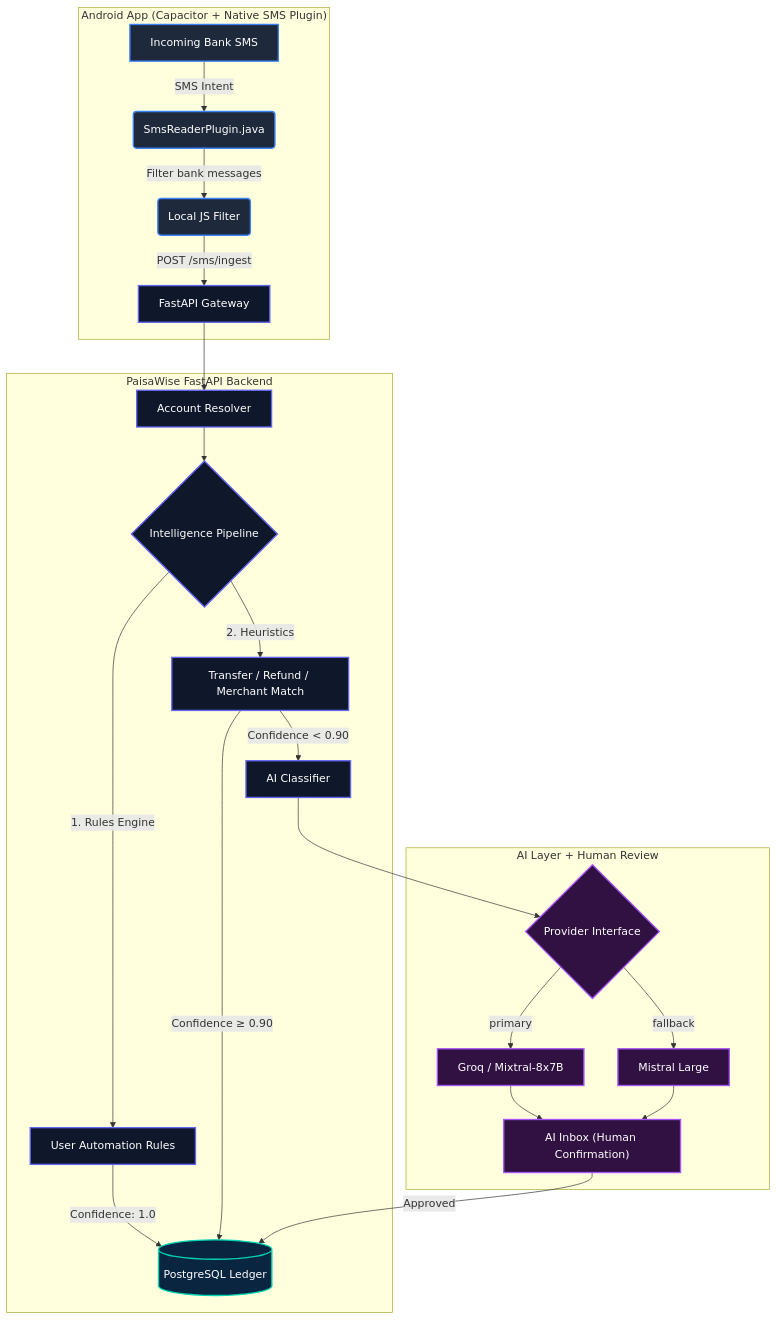
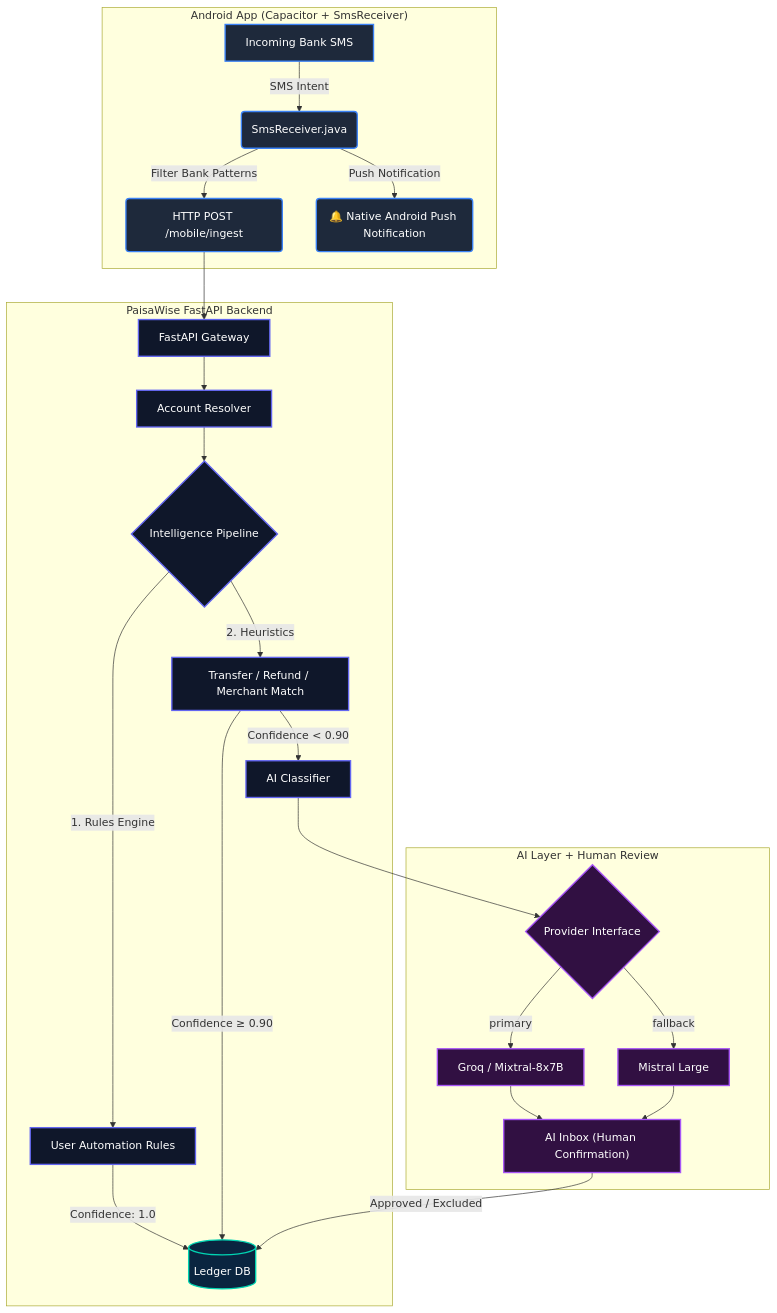
One commit to shlokbam/PaisaWise changed the diagram in README.md. Above: the diagram before and after it, drawn with Mermaid. The commit also changed other lines of this file and 1 other file, not shown here.

````diff
--- a/README.md
+++ b/README.md
@@ -188,37 +131,38 @@
 ```mermaid
 graph TD
     classDef device fill:#1E293B,stroke:#3B82F6,stroke-width:2px,color:#fff;
     classDef backend fill:#0F172A,stroke:#6366F1,stroke-width:2px,color:#fff;
     classDef ai fill:#311042,stroke:#A855F7,stroke-width:2px,color:#fff;
     classDef db fill:#0A2540,stroke:#00D4B2,stroke-width:2px,color:#fff;
 
-    subgraph Device ["Android App (Capacitor + Native SMS Plugin)"]
-        SMS["Incoming Bank SMS"] -->|SMS Intent| Recv("SmsReaderPlugin.java")
-        Recv -->|Filter bank messages| Parser("Local JS Filter")
-        Parser -->|POST /sms/ingest| API
+    subgraph Device ["Android App (Capacitor + SmsReceiver)"]
+        SMS["Incoming Bank SMS"] -->|SMS Intent| Recv("SmsReceiver.java")
+        Recv -->|Filter Bank Patterns| Ingest("HTTP POST /mobile/ingest")
+        Recv -->|Push Notification| Notif("🔔 Native Android Push Notification")
     end
 
     subgraph Server ["PaisaWise FastAPI Backend"]
-        API["FastAPI Gateway"] --> Accounts["Account Resolver"]
+        Ingest --> API["FastAPI Gateway"]
+        API --> Accounts["Account Resolver"]
         Accounts --> Pipeline{"Intelligence Pipeline"}
         Pipeline -->|"1. Rules Engine"| Rules["User Automation Rules"]
         Pipeline -->|"2. Heuristics"| Heuristics["Transfer / Refund / Merchant Match"]
-        Rules -->|"Confidence: 1.0"| DB[("PostgreSQL Ledger")]
+        Rules -->|"Confidence: 1.0"| DB[("Ledger DB")]
         Heuristics -->|"Confidence ≥ 0.90"| DB
         Heuristics -->|"Confidence < 0.90"| AIService["AI Classifier"]
     end
 
     subgraph AISub ["AI Layer + Human Review"]
         AIService --> Provider{"Provider Interface"}
         Provider -->|primary| Groq["Groq / Mixtral-8x7B"]
         Provider -->|fallback| Mistral["Mistral Large"]
         Groq --> ReviewBox["AI Inbox (Human Confirmation)"]
         Mistral --> ReviewBox
-        ReviewBox -->|Approved| DB
+        ReviewBox -->|Approved / Excluded| DB
     end
 
-    class SMS,Recv,Parser device;
+    class SMS,Recv,Ingest,Notif device;
     class API,Accounts,Pipeline,Rules,Heuristics,AIService backend;
     class Provider,Groq,Mistral,ReviewBox ai;
     class DB db;
 ```
````
